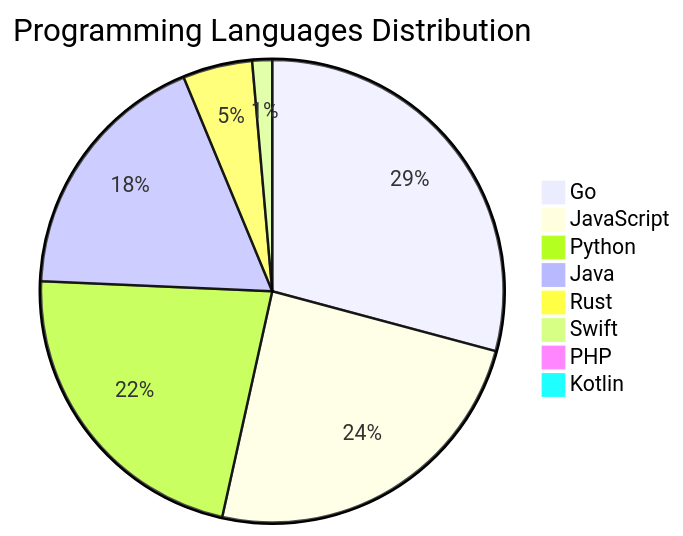
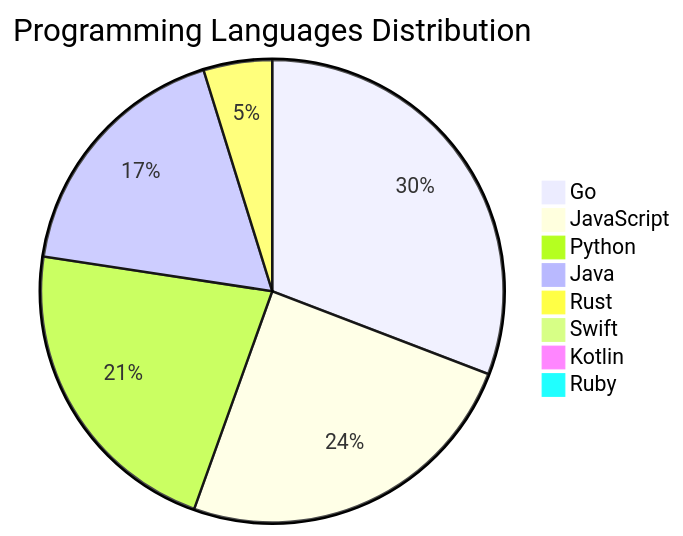
One commit to Derrick-MUGISHA/github-activity-bot changed the diagram in README.md. Above: the diagram before and after it, drawn with Mermaid. The commit also changed other lines of this file and 4 other files, not shown here.

````diff
--- a/README.md
+++ b/README.md
@@ -211,11 +210,11 @@
 ```mermaid
 pie title Programming Languages Distribution
-    "Go" : 42
-    "JavaScript" : 35
+    "Go" : 45
+    "JavaScript" : 36
     "Python" : 32
     "Java" : 26
     "Rust" : 7
-    "Swift" : 2
-    "PHP" : 1
+    "Swift" : 1
     "Kotlin" : 1
+    "Ruby" : 1
 ```
````
